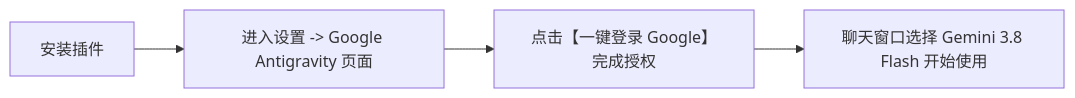
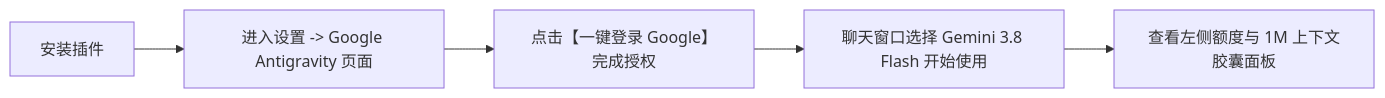
One commit to Lovexiaoxiaowo/dsh-plugin-antigravity-acp changed the diagram in README.md. Above: the diagram before and after it, drawn with Mermaid. The commit also changed other lines of this file and 1 other file, not shown here.

````diff
--- a/README.md
+++ b/README.md
@@ -63,6 +65,7 @@
 ```mermaid
 flowchart LR
     A[安装插件] --> B[进入设置 -> Google Antigravity 页面]
     B --> C[点击【一键登录 Google】完成授权]
     C --> D[聊天窗口选择 Gemini 3.8 Flash 开始使用]
+    D --> E[查看左侧额度与 1M 上下文胶囊面板]
 ```
````
